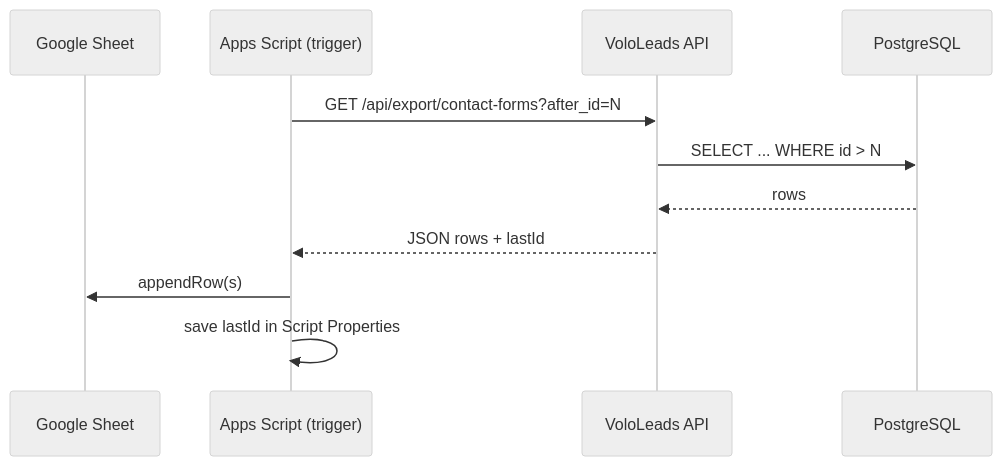
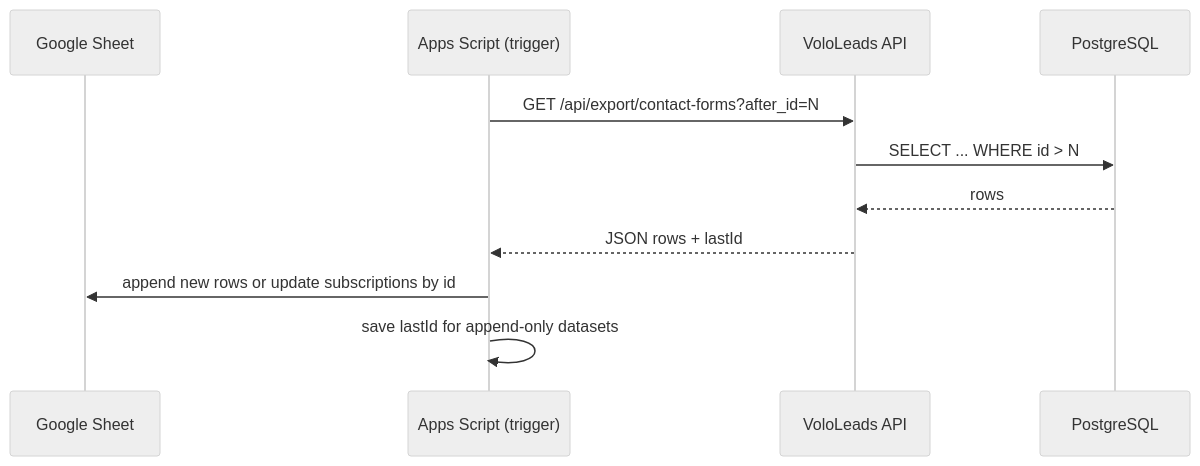
The diagram in backend/DOCUMENTATION/20_GOOGLE_SHEETS_SYNC.md (datawithmursalin-cloud/VoloLeads), drawn with Mermaid (neutral theme) before and after one commit. The commit also changed other lines of this file and 29 other files, not shown here.

````diff
--- a/backend/DOCUMENTATION/20_GOOGLE_SHEETS_SYNC.md
+++ b/backend/DOCUMENTATION/20_GOOGLE_SHEETS_SYNC.md
@@ -7,14 +7,14 @@
 ```mermaid
 sequenceDiagram
   participant Sheet as Google Sheet
   participant GAS as Apps Script (trigger)
   participant API as VoloLeads API
   participant DB as PostgreSQL
 
   GAS->>API: GET /api/export/contact-forms?after_id=N
   API->>DB: SELECT ... WHERE id > N
   DB-->>API: rows
   API-->>GAS: JSON rows + lastId
-  GAS->>Sheet: appendRow(s)
-  GAS->>GAS: save lastId in Script Properties
+  GAS->>Sheet: append new rows or update subscriptions by id
+  GAS->>GAS: save lastId for append-only datasets
 ```
````
